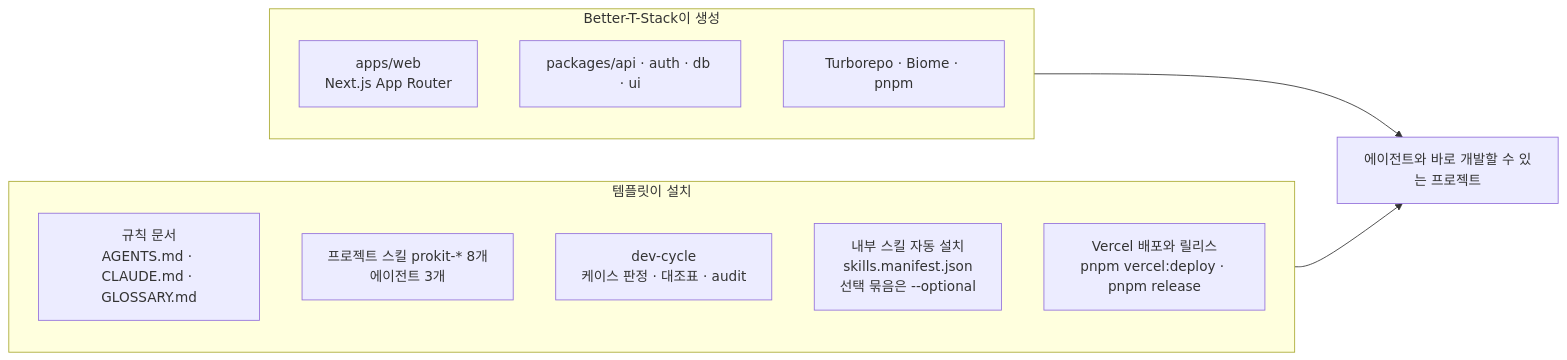
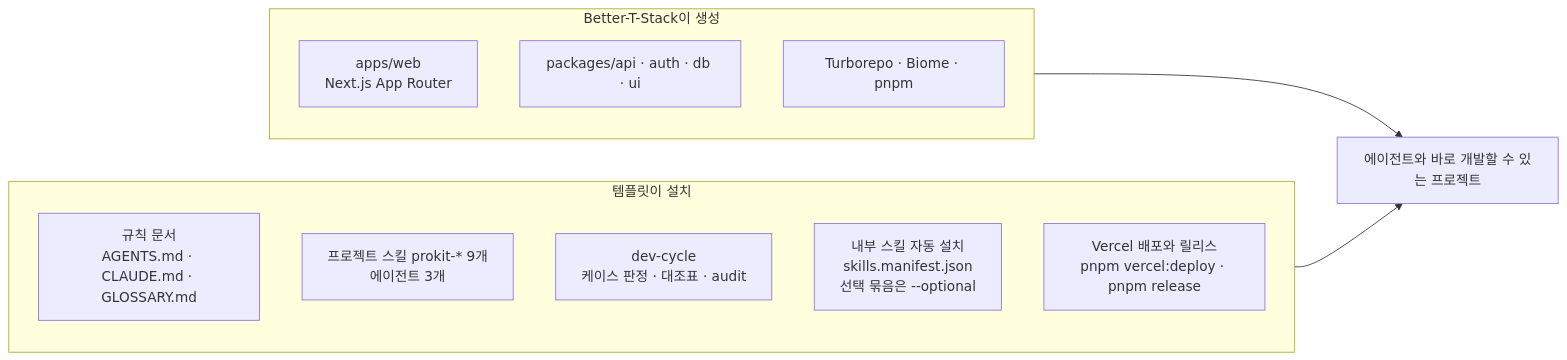
The diagram in handbook/templates/what-it-adds.md (roadkwon-ai/pro-kit), drawn with Mermaid before and after one commit. The commit also changed other lines of this file and 205 other files, not shown here.

````diff
--- a/handbook/templates/what-it-adds.md
+++ b/handbook/templates/what-it-adds.md
@@ -8,19 +8,19 @@
 ```mermaid
 flowchart LR
   subgraph BTS["Better-T-Stack이 생성"]
     direction TB
     B1["apps/web<br/>Next.js App Router"]
     B2["packages/api · auth · db · ui"]
     B3["Turborepo · Biome · pnpm"]
   end
   subgraph TPL["템플릿이 설치"]
     direction TB
     T1["규칙 문서<br/>AGENTS.md · CLAUDE.md · GLOSSARY.md"]
-    T2["프로젝트 스킬 prokit-* 8개<br/>에이전트 3개"]
+    T2["프로젝트 스킬 prokit-* 9개<br/>에이전트 3개"]
     T3["dev-cycle<br/>케이스 판정 · 대조표 · audit"]
     T4["내부 스킬 자동 설치<br/>skills.manifest.json<br/>선택 묶음은 --optional"]
     T5["Vercel 배포와 릴리스<br/>pnpm vercel:deploy · pnpm release"]
   end
   BTS --> APP["에이전트와 바로 개발할 수 있는 프로젝트"]
   TPL --> APP
 ```
````
